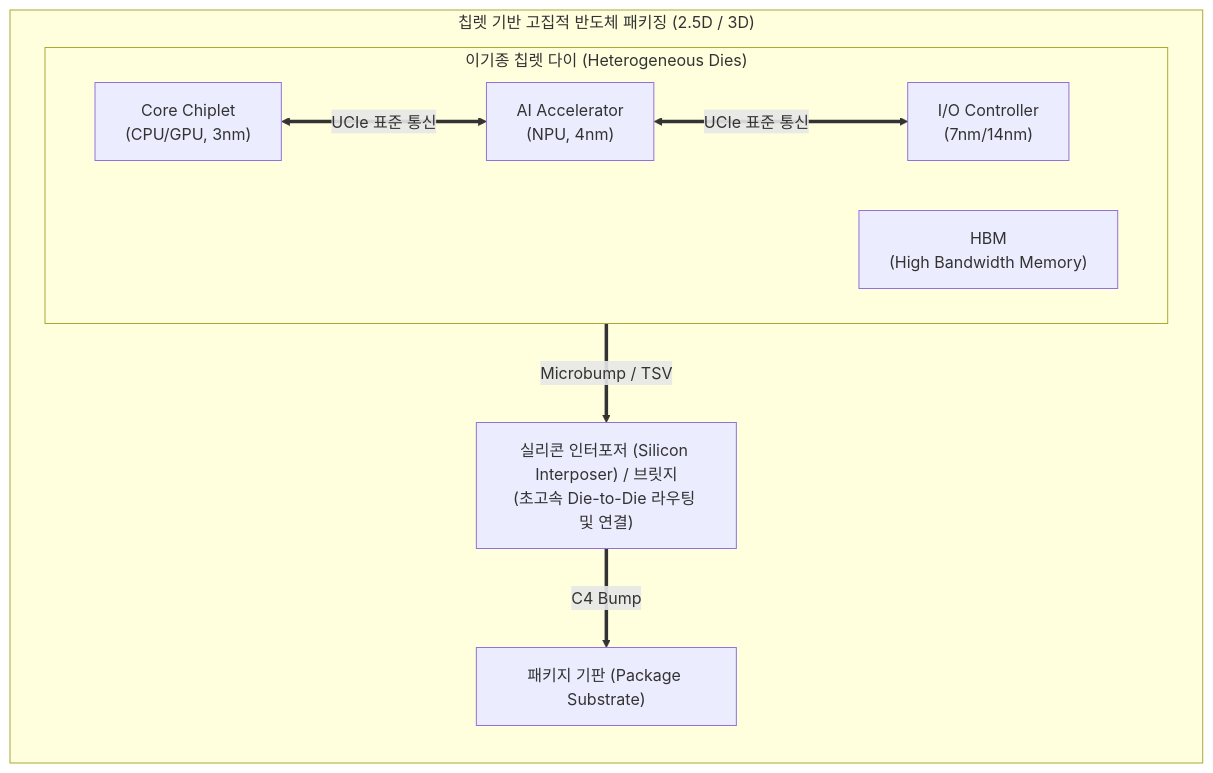
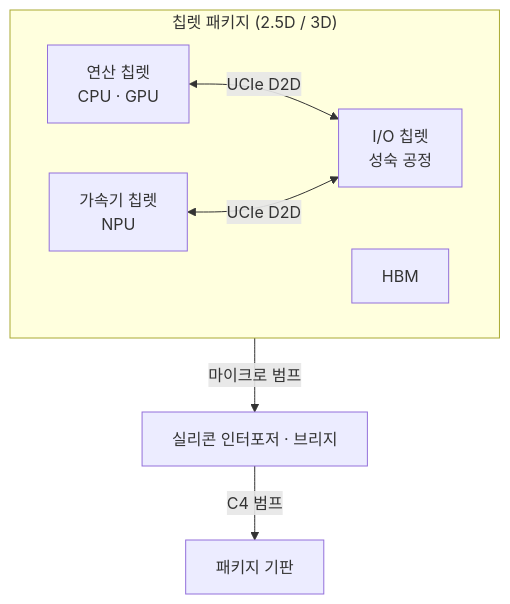
Before and after one commit to supremethumb/supremethumb.github.io: the diagram in content/01_IT Tech/칩렛.md, drawn with Mermaid. The commit also changed other lines of this file and 1087 other files, not shown here.

````diff
--- a/content/01_IT Tech/칩렛.md
+++ b/content/01_IT Tech/칩렛.md
@@ -28,24 +35,14 @@
 ```mermaid
 flowchart TB
-    subgraph PKG["칩렛 기반 고집적 반도체 패키징 (2.5D / 3D)"]
-        direction TB
-
-        subgraph CHIPLETS["이기종 칩렛 다이 (Heterogeneous Dies)"]
-            direction LR
-            C1["Core Chiplet<br/>(CPU/GPU, 3nm)"]
-            C2["AI Accelerator<br/>(NPU, 4nm)"]
-            C3["I/O Controller<br/>(7nm/14nm)"]
-            C4["HBM<br/>(High Bandwidth Memory)"]
-        end
-
-        INT["실리콘 인터포저 (Silicon Interposer) / 브릿지<br/>(초고속 Die-to-Die 라우팅 및 연결)"]
-        SUB["패키지 기판 (Package Substrate)"]
-
-        C1 <== "UCIe 표준 통신" ==> C2
-        C2 <== "UCIe 표준 통신" ==> C3
-
-        CHIPLETS == "Microbump / TSV" ==> INT
-        INT == "C4 Bump" ==> SUB
+    subgraph PKG["칩렛 패키지 (2.5D / 3D)"]
+        direction LR
+        C1["연산 칩렛<br/>CPU · GPU"]
+        C2["가속기 칩렛<br/>NPU"]
+        C3["I/O 칩렛<br/>성숙 공정"]
+        C4["HBM"]
     end
-
+    C1 <-- "UCIe D2D" --> C3
+    C2 <-- "UCIe D2D" --> C3
+    PKG -- "마이크로 범프" --> INT["실리콘 인터포저 · 브리지"]
+    INT -- "C4 범프" --> SUB["패키지 기판"]
 ```
````
